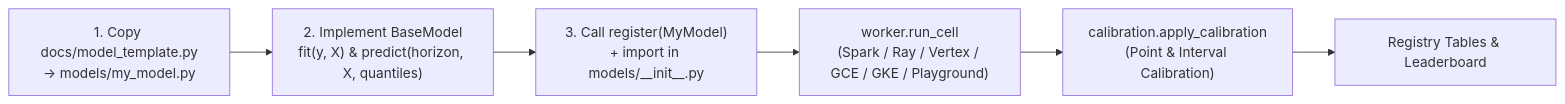
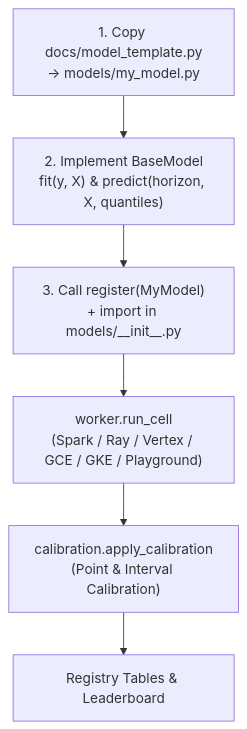
One commit to statmike/scale-forecasting changed the diagram in docs/adding_a_model.md. Above: the diagram before and after it, drawn with Mermaid. The commit also changed 17 other files, not shown here.

Commit message:
docs: fix GitHub MathJax text-mode underscores, convert wide Mermaid diagrams to vertical TD, and add tripwire

````diff
--- a/docs/adding_a_model.md
+++ b/docs/adding_a_model.md
@@ -8,8 +8,8 @@
 ```mermaid
-flowchart LR
+flowchart TD
     T["1. Copy docs/model_template.py<br/>→ models/my_model.py"] --> I["2. Implement BaseModel<br/>fit(y, X) & predict(horizon, X, quantiles)"]
     I --> R["3. Call register(MyModel)<br/>+ import in models/__init__.py"]
     R --> W["worker.run_cell<br/>(Spark / Ray / Vertex / GCE / GKE / Playground)"]
     W --> C["calibration.apply_calibration<br/>(Point & Interval Calibration)"]
     C --> BQ["Registry Tables & Leaderboard"]
 ```
````
